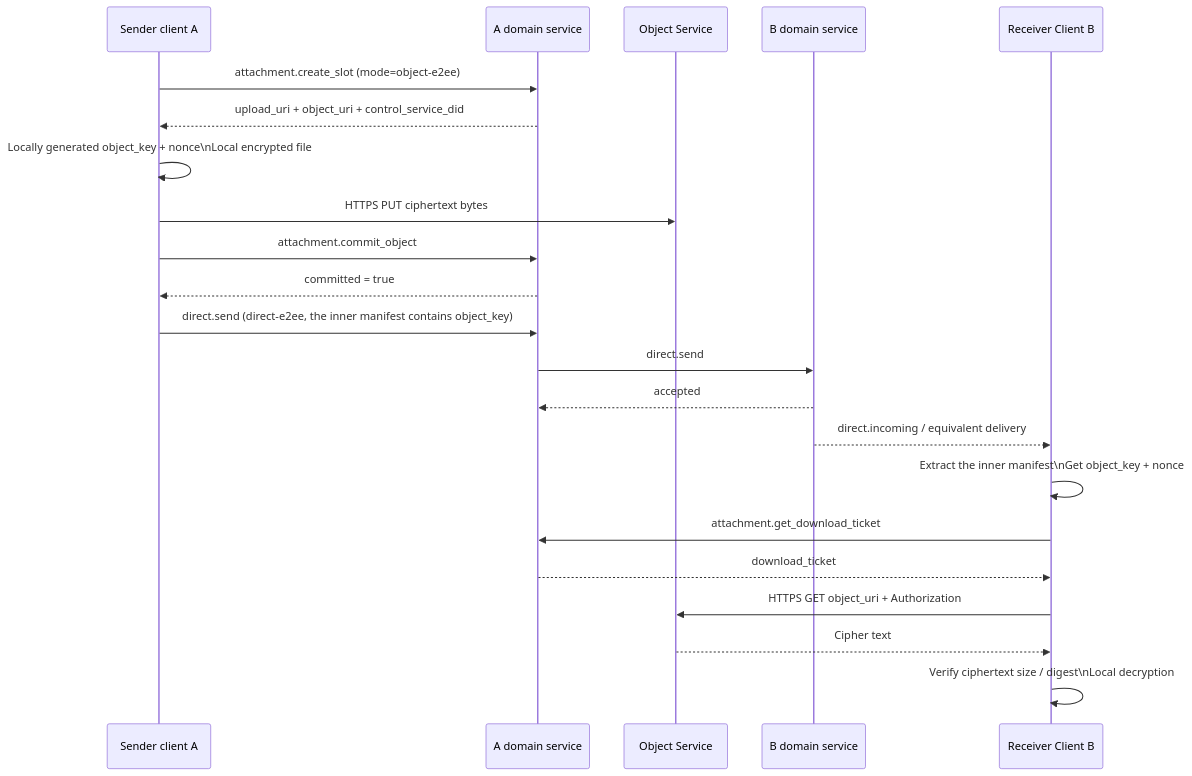
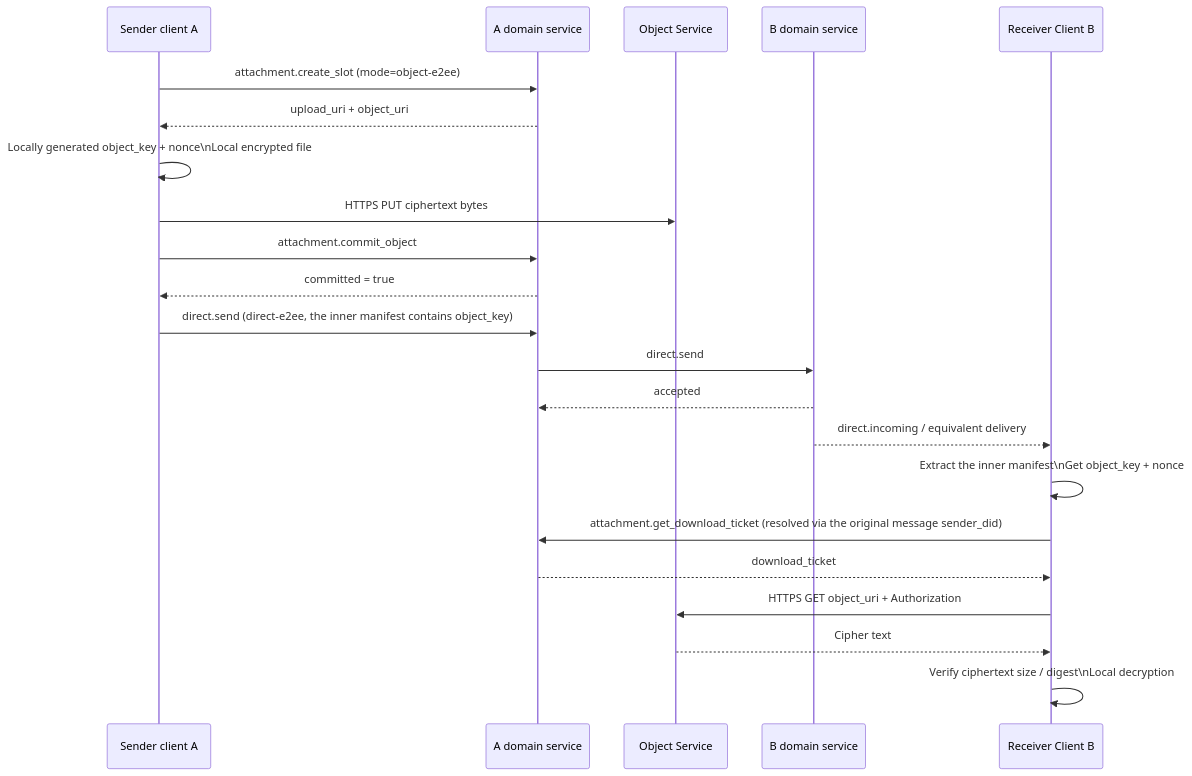
One commit to NeatNerdPrime/AgentNetworkProtocol changed the third of 5 diagrams in message/07-attachments-and-object-transfer.md. Above: the diagram before and after it, drawn with Mermaid. The commit also changed other lines of this file and 3 other files, not shown here.

````diff
--- a/message/07-attachments-and-object-transfer.md
+++ b/message/07-attachments-and-object-transfer.md
@@ -220,25 +220,25 @@
 ```mermaid
 sequenceDiagram
     participant A as Sender client A
     participant AS as A domain service
     participant OS as Object Service
     participant BS as B domain service
     participant B as Receiver Client B
 
     A->>AS: attachment.create_slot (mode=object-e2ee)
-    AS-->>A: upload_uri + object_uri + control_service_did
+    AS-->>A: upload_uri + object_uri
     A->>A: Locally generated object_key + nonce\nLocal encrypted file
     A->>OS: HTTPS PUT ciphertext bytes
     A->>AS: attachment.commit_object
     AS-->>A: committed = true
     A->>AS: direct.send (direct-e2ee, the inner manifest contains object_key)
     AS->>BS: direct.send
     BS-->>AS: accepted
     BS-->>B: direct.incoming / equivalent delivery
     B->>B: Extract the inner manifest\nGet object_key + nonce
-    B->>AS: attachment.get_download_ticket
+    B->>AS: attachment.get_download_ticket (resolved via the original message sender_did)
     AS-->>B: download_ticket
     B->>OS: HTTPS GET object_uri + Authorization
     OS-->>B: Cipher text
     B->>B: Verify ciphertext size / digest\nLocal decryption
 ```
````
